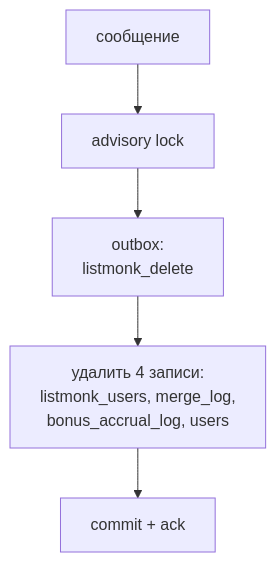
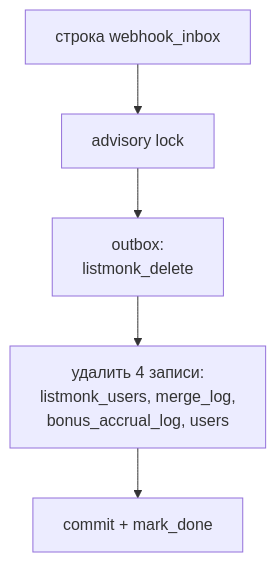
Before and after one commit to Nikita-Silent/teyca-sync: the seventh of 11 diagrams in docs/current-runtime-flow.md, drawn with Mermaid. The commit also changed other lines of this file and 11 other files, not shown here.

````diff
--- a/docs/current-runtime-flow.md
+++ b/docs/current-runtime-flow.md
@@ -239,4 +280,4 @@
 ```mermaid
 flowchart TB
-    M["сообщение"] --> L["advisory lock"] --> Q["outbox:<br/>listmonk_delete"] --> R["удалить 4 записи:<br/>listmonk_users, merge_log,<br/>bonus_accrual_log, users"] --> C["commit + ack"]
+    M["строка webhook_inbox"] --> L["advisory lock"] --> Q["outbox:<br/>listmonk_delete"] --> R["удалить 4 записи:<br/>listmonk_users, merge_log,<br/>bonus_accrual_log, users"] --> C["commit + mark_done"]
 ```
````
